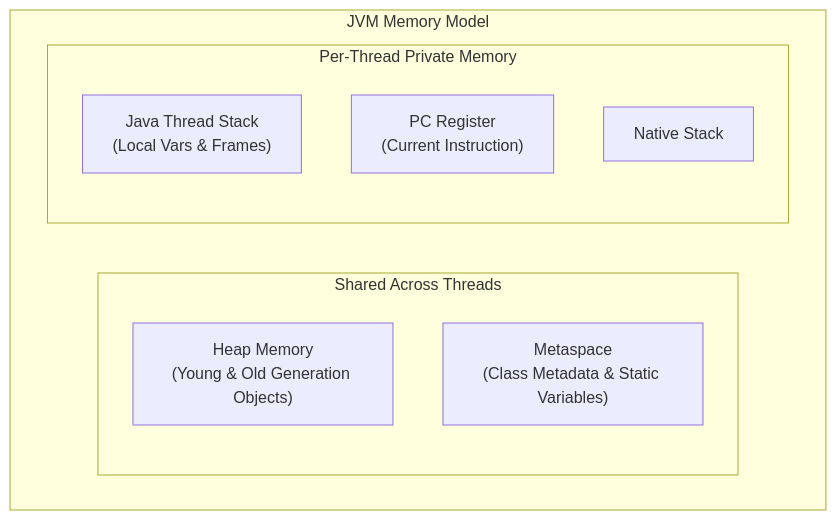
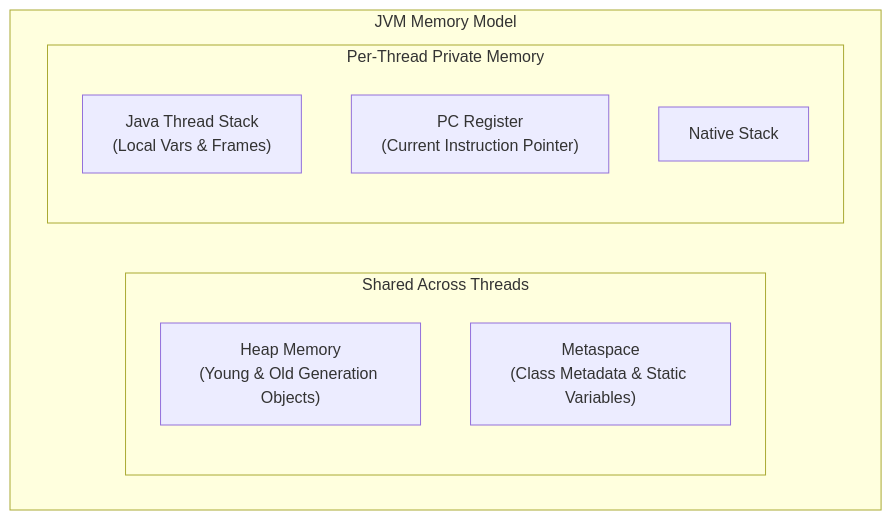
The first of 2 diagrams in INTERVIEW_QA.md (Arghya876/Java-Core-Masterclass-and-Practice), drawn with Mermaid before and after one commit. The commit also changed other lines of this file and 3 other files, not shown here.

````diff
--- a/INTERVIEW_QA.md
+++ b/INTERVIEW_QA.md
@@ -33,14 +33,14 @@
 ```mermaid
 flowchart TD
     subgraph JVM ["JVM Memory Model"]
         subgraph ThreadShared ["Shared Across Threads"]
             Heap["Heap Memory\n(Young & Old Generation Objects)"]
             Metaspace["Metaspace\n(Class Metadata & Static Variables)"]
         end
         subgraph ThreadPrivate ["Per-Thread Private Memory"]
             Stack["Java Thread Stack\n(Local Vars & Frames)"]
-            PC["PC Register\n(Current Instruction)"]
+            PC["PC Register\n(Current Instruction Pointer)"]
             Native["Native Stack"]
         end
     end
 ```
````
